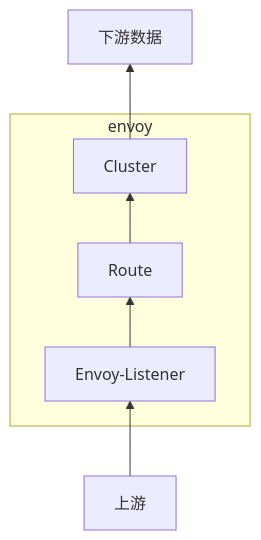
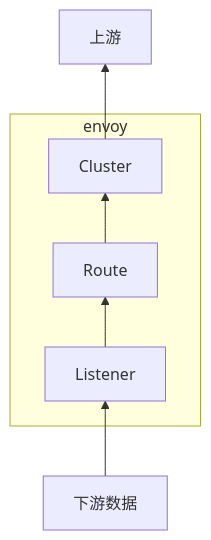
One commit to JDChi/til changed the third of 3 diagrams in 分布式系统/envoy 的三种资源.md. Above: the diagram before and after it, drawn with Mermaid.

Commit message:
refactor: 修改流程图

````diff
--- a/分布式系统/envoy 的三种资源.md
+++ b/分布式系统/envoy 的三种资源.md
@@ -54,16 +54,16 @@
 ```mermaid
 graph BT
-    A[上游]
-    B[Envoy-Listener]
+    A[下游数据]
+    B[Listener]
     C[Route]
     D[Cluster]
-    E[下游数据]
+    E[上游]
     
     subgraph envoy 
         B
         C
         D
     end
     
     A --> B --> C --> D --> E
 ```
````
